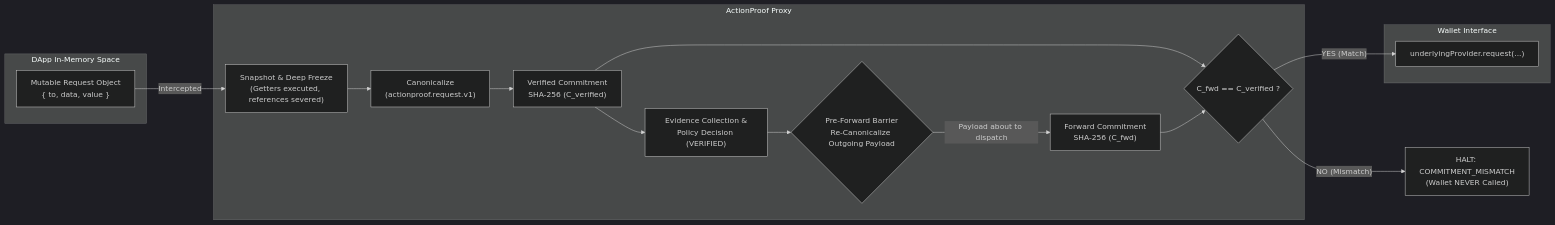
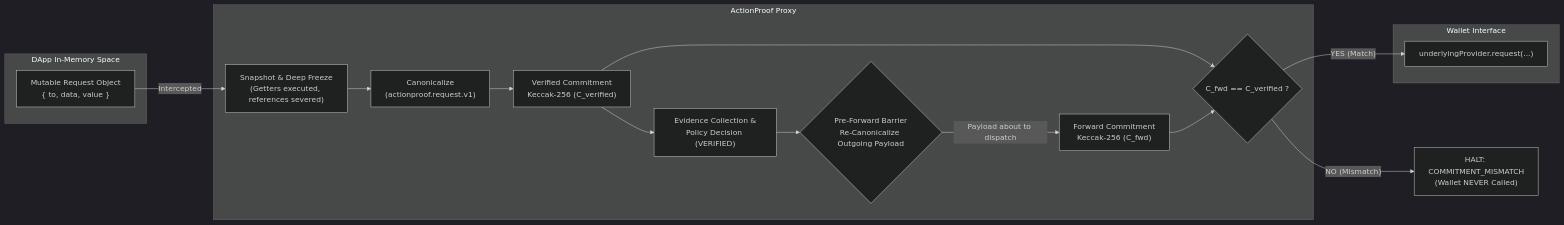
Before and after one commit to Abhi010903/ActionProofETR: the third of 6 diagrams in README.md, drawn with Mermaid (dark theme). The commit also changed other lines of this file and 10 other files, not shown here.

````diff
--- a/README.md
+++ b/README.md
@@ -245,30 +240,30 @@
 ```mermaid
 flowchart LR
     subgraph DApp In-Memory Space
         Req["Mutable Request Object<br/>{ to, data, value }"]
     end
 
     subgraph ActionProof Proxy
         Snap["Snapshot & Deep Freeze<br/>(Getters executed, references severed)"]
         Canon1["Canonicalize<br/>(actionproof.request.v1)"]
-        Hash1["Verified Commitment<br/>SHA-256 (C_verified)"]
+        Hash1["Verified Commitment<br/>Keccak-256 (C_verified)"]
         
         Eval["Evidence Collection &<br/>Policy Decision (VERIFIED)"]
 
         Barrier{"Pre-Forward Barrier<br/>Re-Canonicalize Outgoing Payload"}
-        Hash2["Forward Commitment<br/>SHA-256 (C_fwd)"]
+        Hash2["Forward Commitment<br/>Keccak-256 (C_fwd)"]
         Check{"C_fwd == C_verified ?"}
     end
 
     subgraph Wallet Interface
         Forward["underlyingProvider.request(...)"]
     end
 
     Req -->|"Intercepted"| Snap
     Snap --> Canon1 --> Hash1
     Hash1 --> Eval --> Barrier
     Barrier -->|"Payload about to dispatch"| Hash2
     Hash1 & Hash2 --> Check
     Check -->|"YES (Match)"| Forward
     Check -->|"NO (Mismatch)"| Halt["HALT: COMMITMENT_MISMATCH<br/>(Wallet NEVER Called)"]
 ```
````
